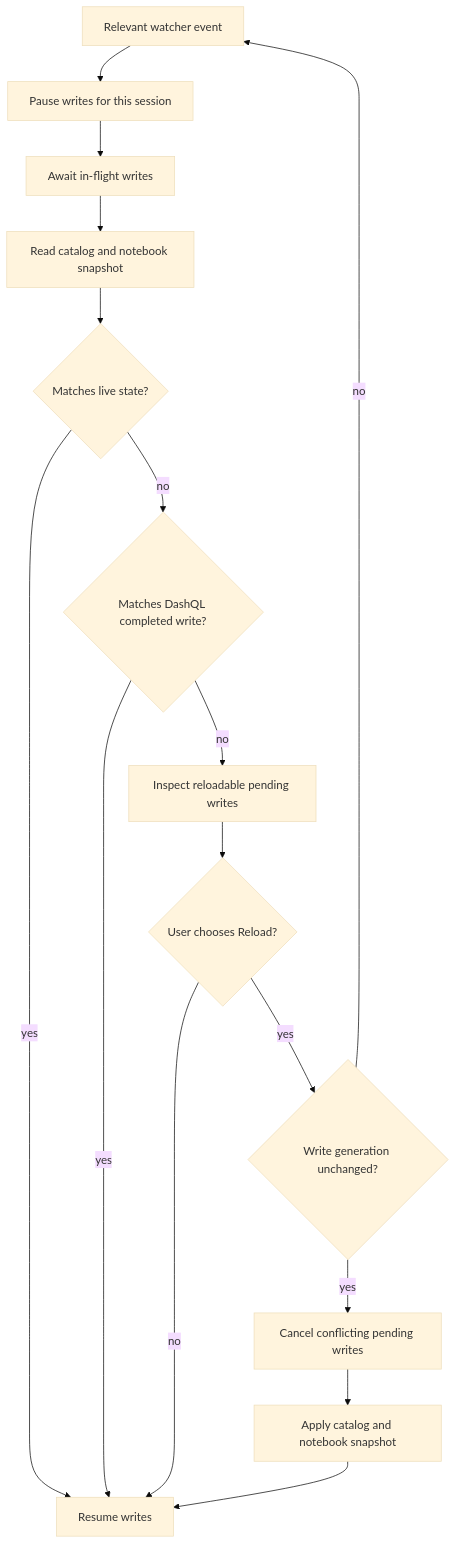
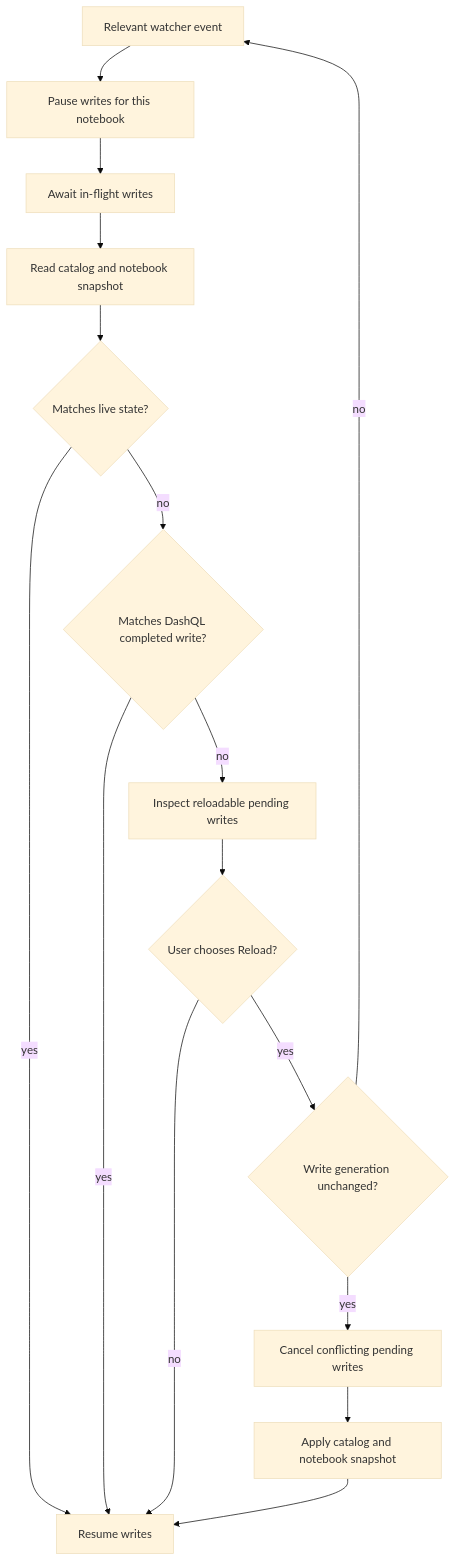
One commit to ankoh/dashql changed the second of 2 diagrams in docs/design/native_file_sync.md. Above: the diagram before and after it, drawn with Mermaid (base theme). The commit also changed other lines of this file and 247 other files, not shown here.

````diff
--- a/docs/design/native_file_sync.md
+++ b/docs/design/native_file_sync.md
@@ -133,18 +133,18 @@
 ```mermaid
 flowchart TD
-    E[Relevant watcher event] --> P[Pause writes for this session]
+    E[Relevant watcher event] --> P[Pause writes for this notebook]
     P --> S[Await in-flight writes]
     S --> R[Read catalog and notebook snapshot]
     R --> Q{Matches live state?}
     Q -->|yes| Z[Resume writes]
     Q -->|no| W{Matches DashQL completed write?}
     W -->|yes| Z
     W -->|no| C[Inspect reloadable pending writes]
     C --> D{User chooses Reload?}
     D -->|no| Z
     D -->|yes| G{Write generation unchanged?}
     G -->|no| E
     G -->|yes| A[Cancel conflicting pending writes]
     A --> U[Apply catalog and notebook snapshot]
     U --> Z
 ```
````
